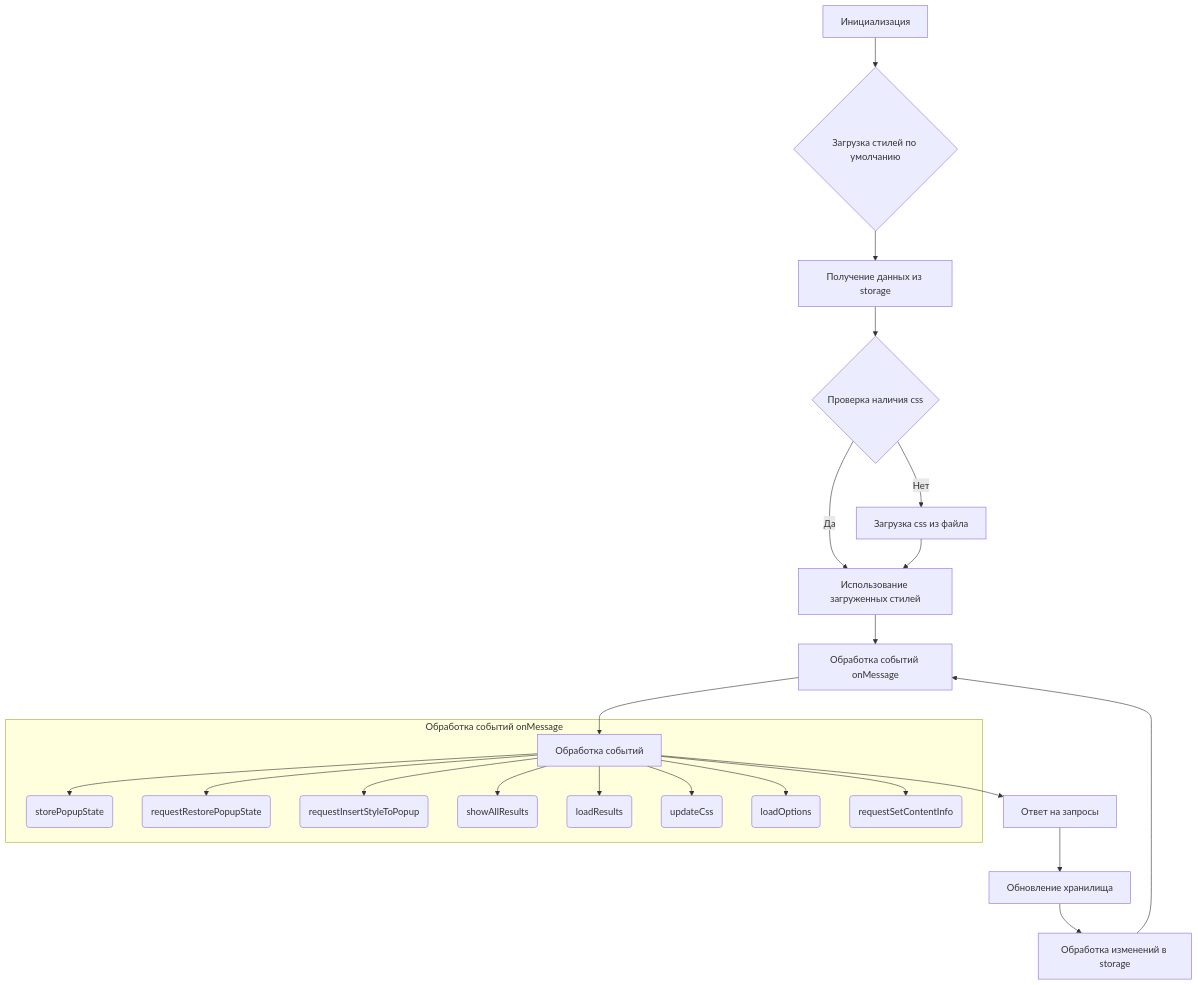
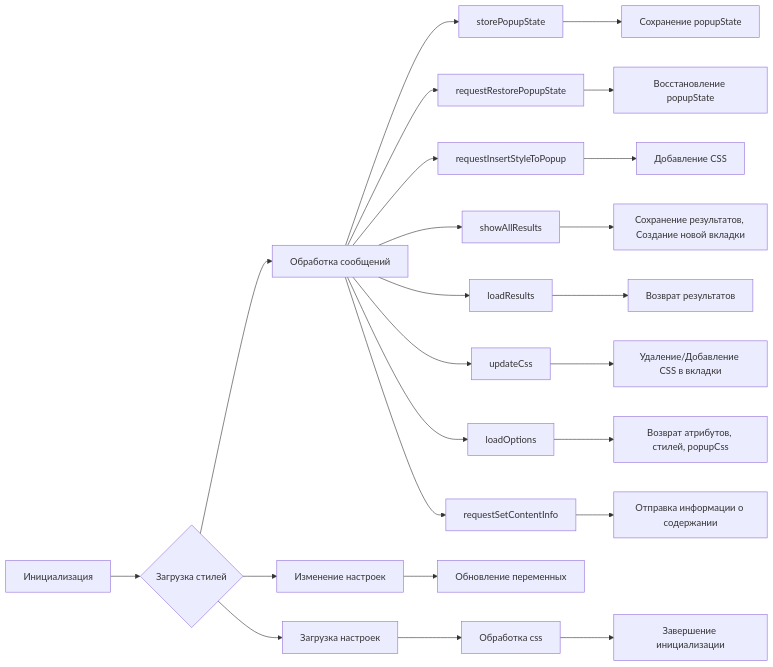
The diagram in docs/gemini/ru/explainer/src/webdriver/chrome/extentions/try_path_1.3.5/background/try_xpath_background.md (hypo69/hypo), drawn with Mermaid before and after one commit. The commit also changed other lines of this file and 311 other files, not shown here.

````diff
--- a/docs/gemini/ru/explainer/src/webdriver/chrome/extentions/try_path_1.3.5/background/try_xpath_background.md
+++ b/docs/gemini/ru/explainer/src/webdriver/chrome/extentions/try_path_1.3.5/background/try_xpath_background.md
@@ -51,27 +71,30 @@
 ```mermaid
-graph TD
-    A[Инициализация] --> B{Загрузка стилей по умолчанию};
-    B --> C[Получение данных из storage];
-    C --> D{Проверка наличия css};
-    D -- Да --> E[Использование загруженных стилей];
-    D -- Нет --> F[Загрузка css из файла];
-    F --> E;
-    E --> G[Обработка событий onMessage];
-    G --> H[Обработка событий];
-    H --> I[Ответ на запросы];
-    I --> J[Обновление хранилища];
-    J --> K[Обработка изменений в storage];
-    K --> G;
+graph LR
+    A[Инициализация] --> B{Загрузка стилей};
+    B --> C[Обработка сообщений];
+    C --> D[storePopupState]
+    C --> E[requestRestorePopupState]
+    C --> F[requestInsertStyleToPopup]
+    C --> G[showAllResults]
+    C --> H[loadResults]
+    C --> I[updateCss]
+    C --> J[loadOptions]
+    C --> K[requestSetContentInfo];
 
+    D --> L[Сохранение popupState];
+    E --> M[Восстановление popupState];
+    F --> N[Добавление CSS];
+    G --> O[Сохранение результатов, Создание новой вкладки];
+    H --> P[Возврат результатов];
+    I --> Q[Удаление/Добавление CSS в вкладки];
+    J --> R[Возврат атрибутов, стилей, popupCss];
+    K --> S[Отправка информации о содержании];
 
-    subgraph Обработка событий onMessage
-        H --> H1(storePopupState);
-        H --> H2(requestRestorePopupState);
-        H --> H3(requestInsertStyleToPopup);
-        H --> H4(showAllResults);
-        H --> H5(loadResults);
-        H --> H6(updateCss);
-        H --> H7(loadOptions);
-        H --> H8(requestSetContentInfo);
-    end
+    B --> T[Изменение настроек];
+    T --> U[Обновление переменных];
+
+    B --> V[Загрузка настроек];
+    V --> W[Обработка css];
+
+    W --> X[Завершение инициализации];
 ```
````
